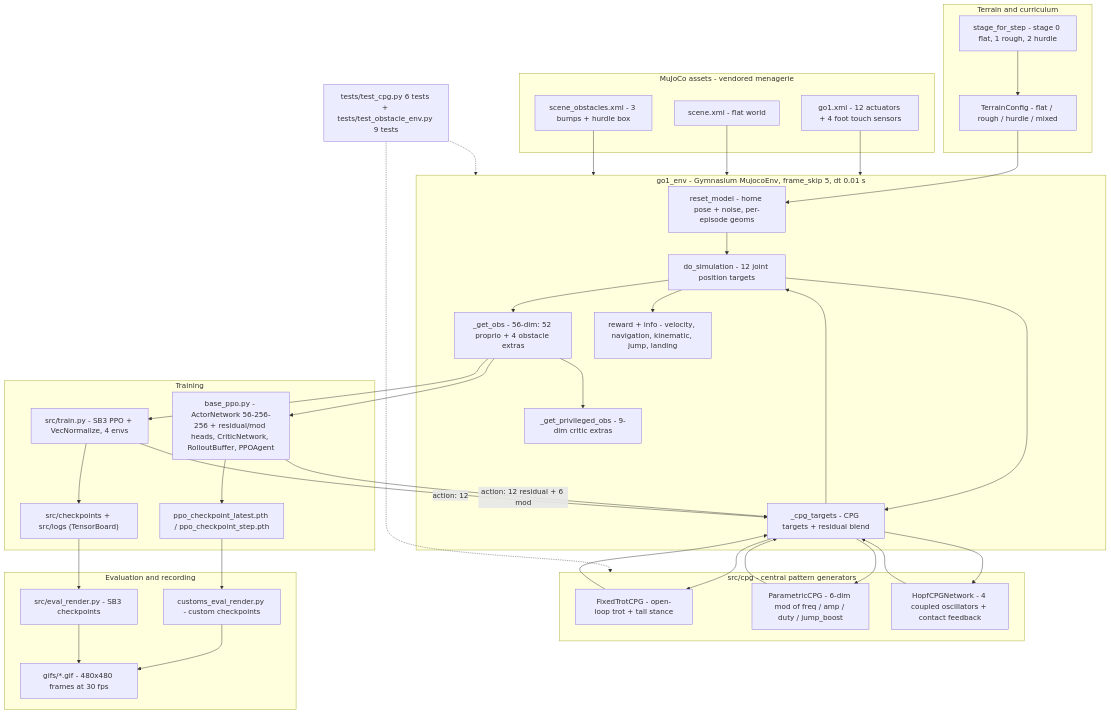
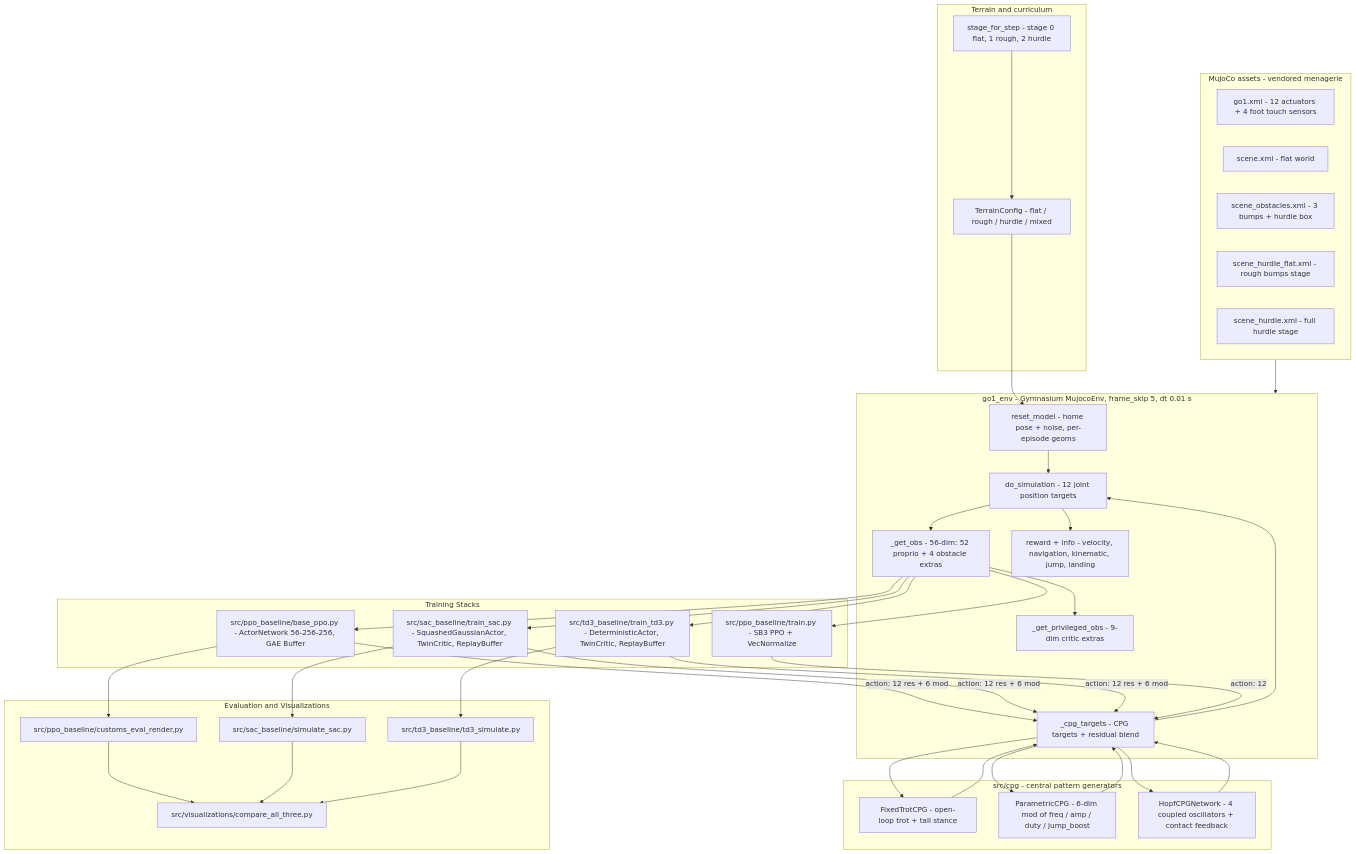
One commit to PalashMendhe/deep-rl-and-cpg-ws changed the first of 4 diagrams in README.md. Above: the diagram before and after it, drawn with Mermaid. The commit also changed other lines of this file and 7 other files, not shown here.

````diff
--- a/README.md
+++ b/README.md
@@ -18,73 +25,73 @@
 ```mermaid
 flowchart TB
     subgraph ASSETS["MuJoCo assets - vendored menagerie"]
         GO1["go1.xml - 12 actuators + 4 foot touch sensors"]
         FLAT["scene.xml - flat world"]
         OBST["scene_obstacles.xml - 3 bumps + hurdle box"]
+        H_FLAT["scene_hurdle_flat.xml - rough bumps stage"]
+        H_FULL["scene_hurdle.xml - full hurdle stage"]
     end
 
     subgraph TERR["Terrain and curriculum"]
         TC["TerrainConfig - flat / rough / hurdle / mixed"]
         CURR["stage_for_step - stage 0 flat, 1 rough, 2 hurdle"]
     end
 
     subgraph ENV["go1_env - Gymnasium MujocoEnv, frame_skip 5, dt 0.01 s"]
         RESET["reset_model - home pose + noise, per-episode geoms"]
         CPGSEL["_cpg_targets - CPG targets + residual blend"]
         SIM["do_simulation - 12 joint position targets"]
         OBS["_get_obs - 56-dim: 52 proprio + 4 obstacle extras"]
         PRIV["_get_privileged_obs - 9-dim critic extras"]
         REW["reward + info - velocity, navigation, kinematic, jump, landing"]
     end
 
     subgraph CPG["src/cpg - central pattern generators"]
         FT["FixedTrotCPG - open-loop trot + tall stance"]
         PAR["ParametricCPG - 6-dim mod of freq / amp / duty / jump_boost"]
         HOPF["HopfCPGNetwork - 4 coupled oscillators + contact feedback"]
     end
 
-    subgraph TRAIN["Training"]
-        BASE["base_ppo.py - ActorNetwork 56-256-256 + residual/mod heads, CriticNetwork, RolloutBuffer, PPOAgent"]
-        SB3["src/train.py - SB3 PPO + VecNormalize, 4 envs"]
-        CK["ppo_checkpoint_latest.pth / ppo_checkpoint_step.pth"]
-        CK2["src/checkpoints + src/logs (TensorBoard)"]
+    subgraph TRAIN["Training Stacks"]
+        PPO["src/ppo_baseline/base_ppo.py - ActorNetwork 56-256-256, GAE Buffer"]
+        SAC["src/sac_baseline/train_sac.py - SquashedGaussianActor, TwinCritic, ReplayBuffer"]
+        TD3["src/td3_baseline/train_td3.py - DeterministicActor, TwinCritic, ReplayBuffer"]
+        SB3["src/ppo_baseline/train.py - SB3 PPO + VecNormalize"]
     end
 
-    subgraph EVAL["Evaluation and recording"]
-        CR["customs_eval_render.py - custom checkpoints"]
-        ER["src/eval_render.py - SB3 checkpoints"]
-        GIF["gifs/*.gif - 480x480 frames at 30 fps"]
+    subgraph EVAL["Evaluation and Visualizations"]
+        PPO_EVAL["src/ppo_baseline/customs_eval_render.py"]
+        SAC_EVAL["src/sac_baseline/simulate_sac.py"]
+        TD3_EVAL["src/td3_baseline/td3_simulate.py"]
+        COMP["src/visualizations/compare_all_three.py"]
     end
 
-    TESTS["tests/test_cpg.py 6 tests + tests/test_obstacle_env.py 9 tests"]
-
-    GO1 --> ENV
-    FLAT --> ENV
-    OBST --> ENV
+    ASSETS --> ENV
     CURR --> TC
     TC --> RESET
     RESET --> SIM
     CPGSEL --> SIM
     SIM --> OBS
     SIM --> REW
-    SIM --> CPGSEL
     OBS --> PRIV
     CPGSEL --> FT
     CPGSEL --> PAR
     CPGSEL --> HOPF
     FT --> CPGSEL
     PAR --> CPGSEL
     HOPF --> CPGSEL
-    OBS --> BASE
+    OBS --> PPO
+    OBS --> SAC
+    OBS --> TD3
     OBS --> SB3
-    BASE -->|"action: 12 residual + 6 mod"| CPGSEL
+    PPO -->|"action: 12 res + 6 mod"| CPGSEL
+    SAC -->|"action: 12 res + 6 mod"| CPGSEL
+    TD3 -->|"action: 12 res + 6 mod"| CPGSEL
     SB3 -->|"action: 12"| CPGSEL
-    BASE --> CK
-    SB3 --> CK2
-    CK --> CR
-    CK2 --> ER
-    CR --> GIF
-    ER --> GIF
-    TESTS -.-> ENV
-    TESTS -.-> CPG
+    PPO --> PPO_EVAL
+    SAC --> SAC_EVAL
+    TD3 --> TD3_EVAL
+    PPO_EVAL --> COMP
+    SAC_EVAL --> COMP
+    TD3_EVAL --> COMP
 ```
````
